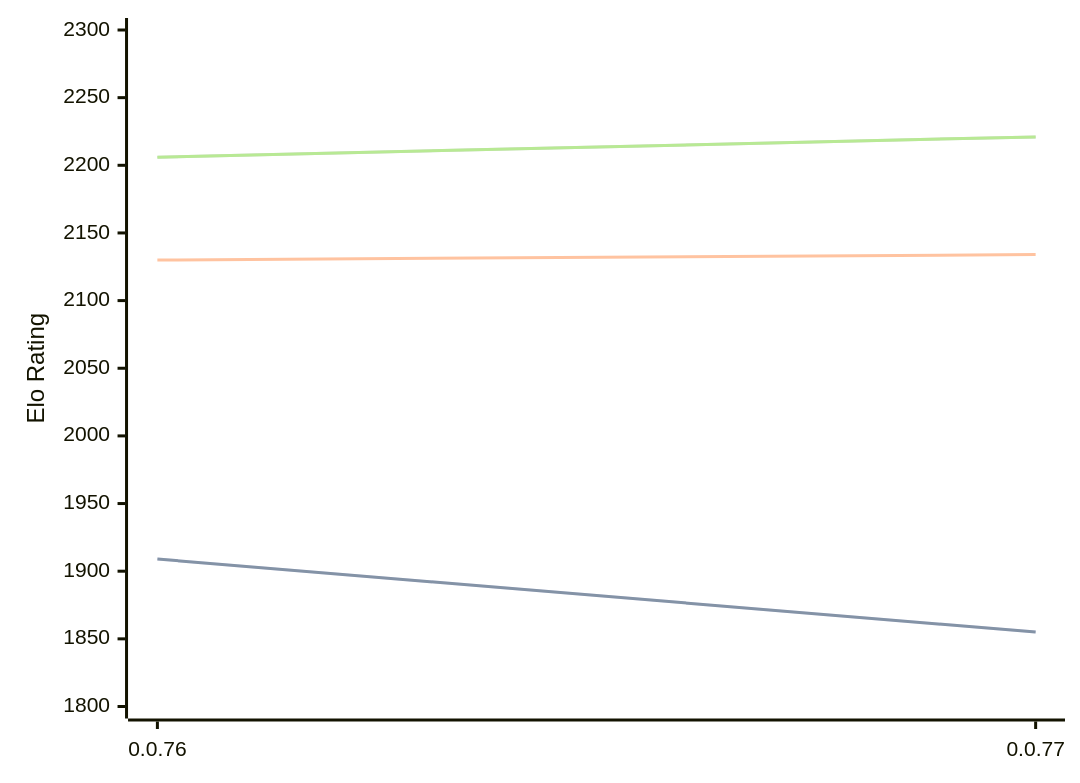
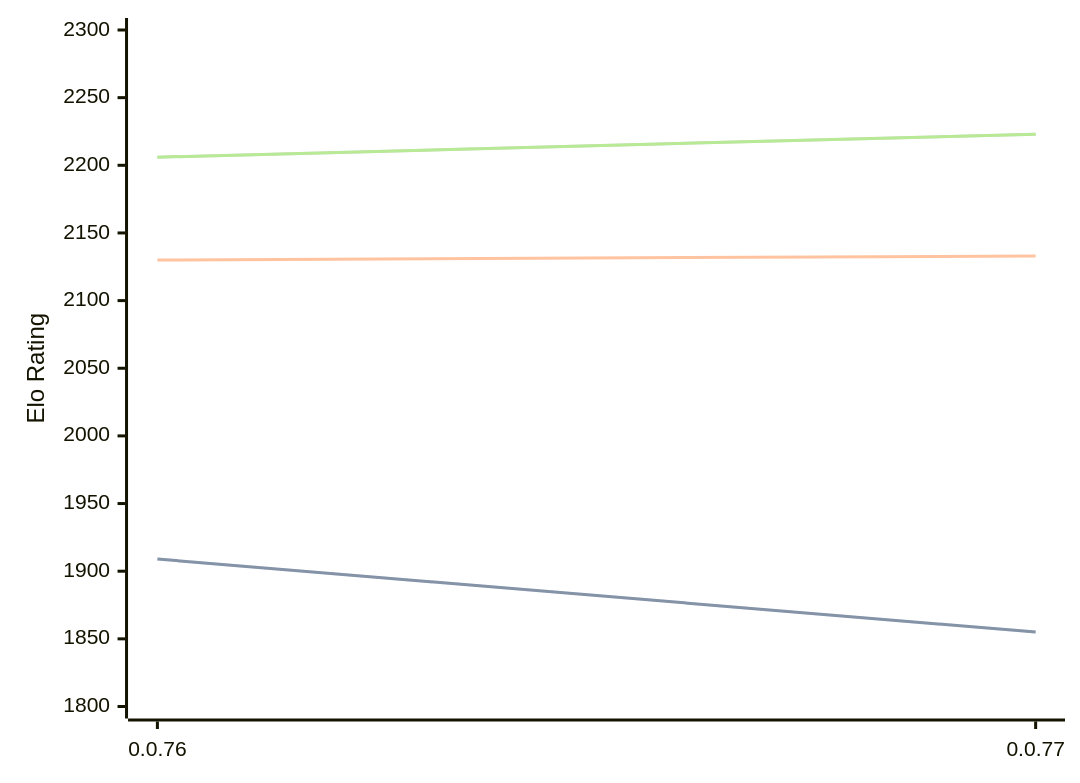
The diagram in engines/Fktb.md (computer-chess-index/cci), drawn with Mermaid before and after one commit. The commit also changed other lines of this file, not shown here.

Commit message:
Update CCI Ratings (ELO VLTC) - 2026-08-19

````diff
--- a/engines/Fktb.md
+++ b/engines/Fktb.md
@@ -32,11 +32,11 @@
 ```mermaid
 %%{init: {"theme":"base","themeVariables":{"seriesColors:['#a3a3a3','#222221','#faa371']}}}%%
 xychart-beta
   x-axis ["0.0.76", "0.0.77"]
   y-axis "Elo Rating" 1800 --> 2300
   line "STC (8.0+0.08s)" [1909, 1855]
   line "STC (8.0+0.08s)" [1909, 1855]
-  line "LTC (60.0+0.60s)" [2130, 2134]
-  line "VLTC (2m24s+1.12s)" [2206, 2221]
-  line "VLTC (2m24s+1.12s)" [2206, 2221]
+  line "LTC (60.0+0.60s)" [2130, 2133]
+  line "VLTC (2m24s+1.12s)" [2206, 2223]
+  line "VLTC (2m24s+1.12s)" [2206, 2223]
 ```
````
